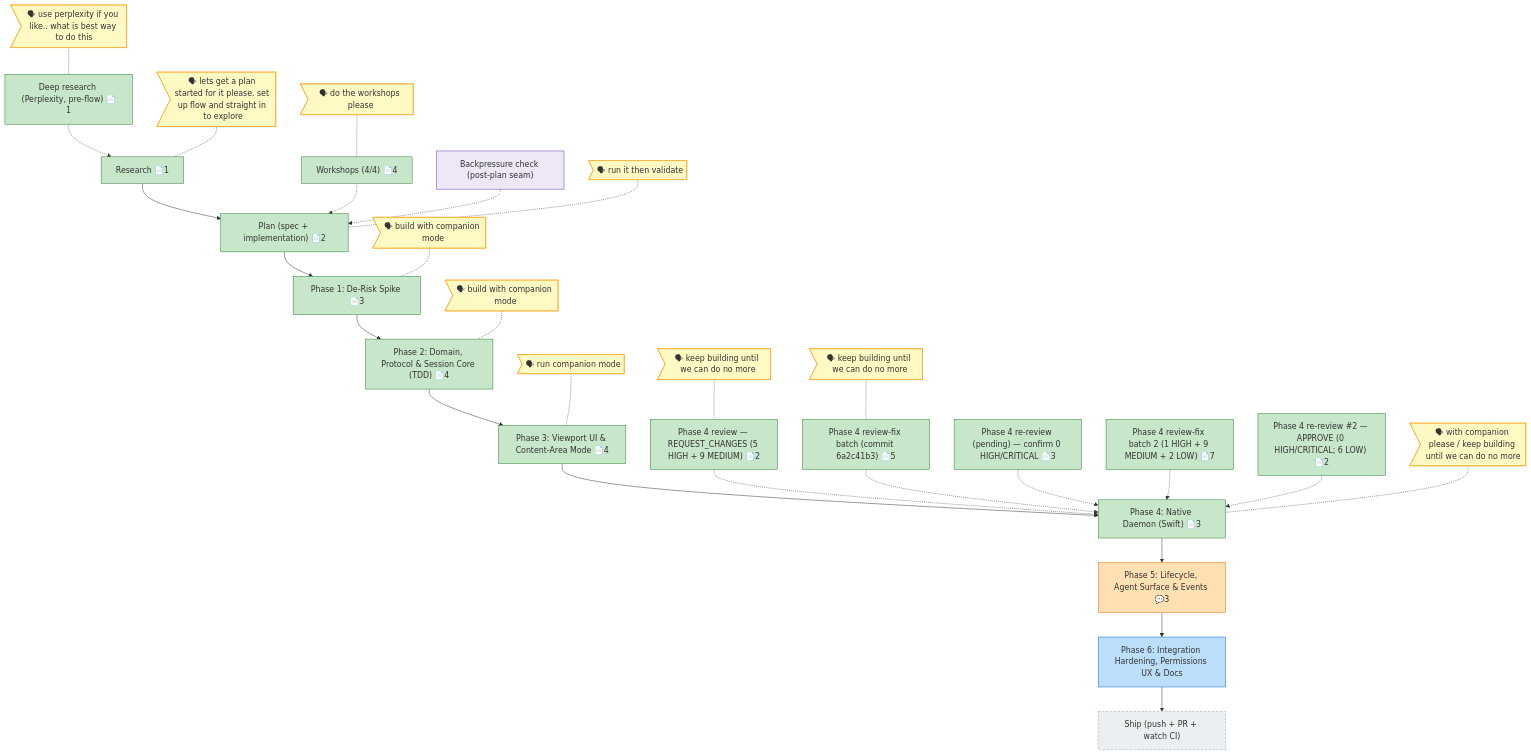
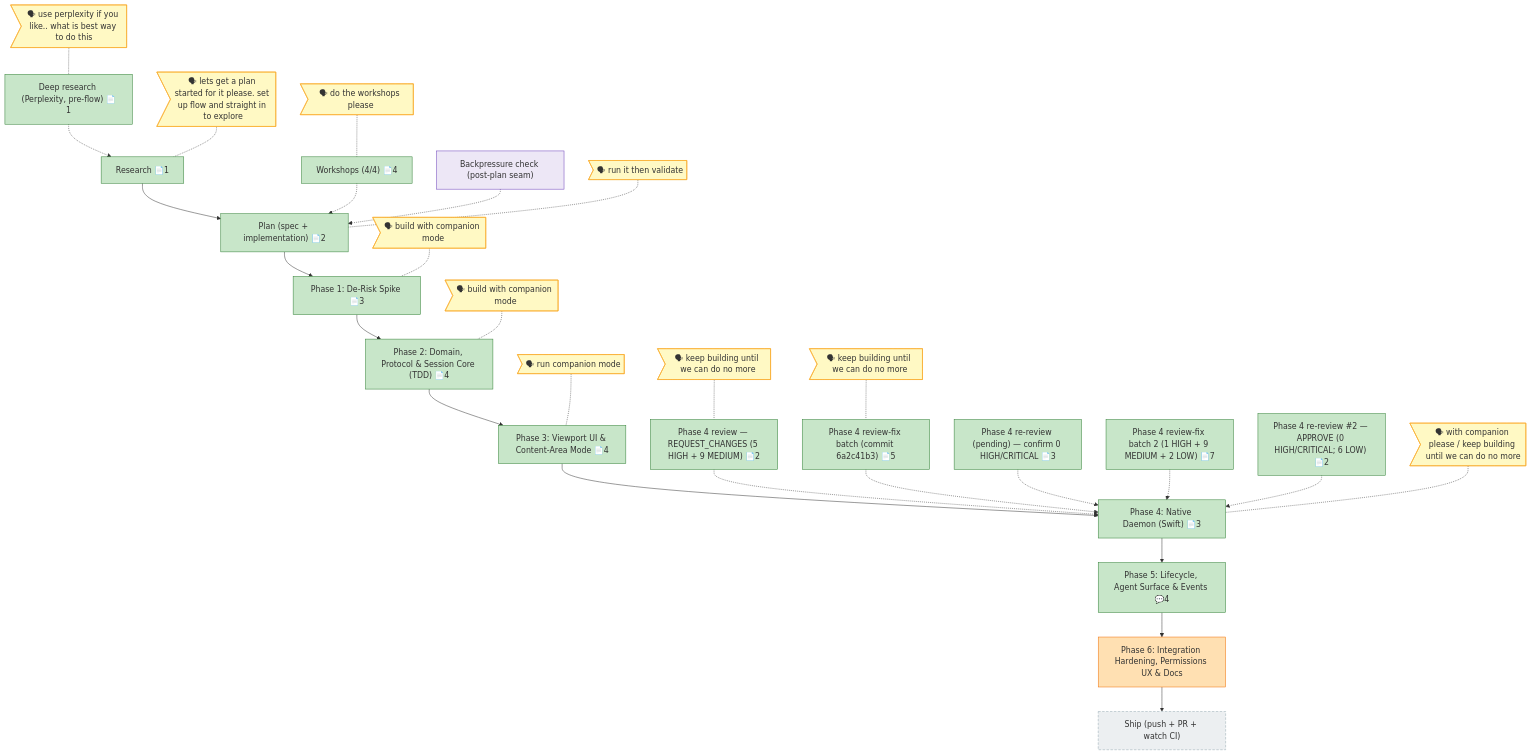
Before and after one commit to AI-Substrate/chainglass: the diagram in docs/plans/088-remote-app-view/the-flow.md, drawn with Mermaid. The commit also changed other lines of this file and 5 other files, not shown here.

````diff
--- a/docs/plans/088-remote-app-view/the-flow.md
+++ b/docs/plans/088-remote-app-view/the-flow.md
@@ -8,72 +8,72 @@
 ```mermaid
 flowchart TD
     ship["Ship (push + PR + watch CI)"]:::assumed
-    ph6["Phase 6: Integration Hardening, Permissions UX & Docs"]:::known
-    ph5["Phase 5: Lifecycle, Agent Surface & Events 💬3"]:::wip
+    ph6["Phase 6: Integration Hardening, Permissions UX & Docs"]:::wip
+    ph5["Phase 5: Lifecycle, Agent Surface & Events 💬4"]:::done
     ph4["Phase 4: Native Daemon (Swift) 📄3"]:::done
     ph3["Phase 3: Viewport UI & Content-Area Mode 📄4"]:::done
     ph2["Phase 2: Domain, Protocol & Session Core (TDD) 📄4"]:::done
     ph1["Phase 1: De-Risk Spike 📄3"]:::done
     plan["Plan (spec + implementation) 📄2"]:::done
     research["Research 📄1"]:::done
 
     ph6 --> ship
     ph5 --> ph6
     ph4 --> ph5
     ph3 --> ph4
     ph2 --> ph3
     ph1 --> ph2
     plan --> ph1
     research --> plan
 
     dr["Deep research (Perplexity, pre-flow) 📄1"]:::done
     ws["Workshops (4/4) 📄4"]:::done
     bp["Backpressure check (post-plan seam)"]:::harness
     rv4["Phase 4 review — REQUEST_CHANGES (5 HIGH + 9 MEDIUM) 📄2"]:::done
     fx4["Phase 4 review-fix batch (commit 6a2c41b3) 📄5"]:::done
     rv4b["Phase 4 re-review (pending) — confirm 0 HIGH/CRITICAL 📄3"]:::done
     fx4b["Phase 4 review-fix batch 2 (1 HIGH + 9 MEDIUM + 2 LOW) 📄7"]:::done
     rv4c["Phase 4 re-review #35;2 — APPROVE (0 HIGH/CRITICAL; 6 LOW) 📄2"]:::done
     dr -.-> research
     ws -.-> plan
     bp -.-> plan
     rv4 -.-> ph4
     fx4 -.-> ph4
     rv4b -.-> ph4
     fx4b -.-> ph4
     rv4c -.-> ph4
 
     say_ph4>"🗣 with companion please / keep building until we can do no more"]:::said
     say_ph4 -.- ph4
     say_ph3>"🗣 run companion mode"]:::said
     say_ph3 -.- ph3
     say_ph2>"🗣 build with companion mode"]:::said
     say_ph2 -.- ph2
     say_ph1>"🗣 build with companion mode"]:::said
     say_ph1 -.- ph1
     say_plan>"🗣 run it then validate"]:::said
     say_plan -.- plan
     say_research>"🗣 lets get a plan started for it please. set up flow and straight in to explore"]:::said
     say_research -.- research
     say_dr>"🗣 use perplexity if you like.. what is best way to do this"]:::said
     say_dr -.- dr
     say_ws>"🗣 do the workshops please"]:::said
     say_ws -.- ws
     say_rv4>"🗣 keep building until we can do no more"]:::said
     say_rv4 -.- rv4
     say_fx4>"🗣 keep building until we can do no more"]:::said
     say_fx4 -.- fx4
 
     classDef done fill:#C8E6C9,stroke:#2E7D32;
     classDef wip fill:#FFE0B2,stroke:#EF6C00;
     classDef blocked fill:#FFCDD2,stroke:#C62828;
     classDef known fill:#BBDEFB,stroke:#1565C0;
     classDef assumed fill:#ECEFF1,stroke:#90A4AE,stroke-dasharray:5 3;
     classDef said fill:#FFF9C4,stroke:#F9A825;
     classDef harness fill:#EDE7F6,stroke:#673AB7;
     classDef decision fill:#FFF3E0,stroke:#FB8C00,stroke-dasharray:2 2;
     classDef companion fill:#D1C4E9,stroke:#5E35B1;
     classDef worker fill:#B2DFDB,stroke:#00897B;
     classDef chore fill:#E0F2F1,stroke:#00897B,stroke-dasharray:3 2;
     classDef unknown fill:#FAFAFA,stroke:#BDBDBD,stroke-dasharray:1 4;
 ```
````
